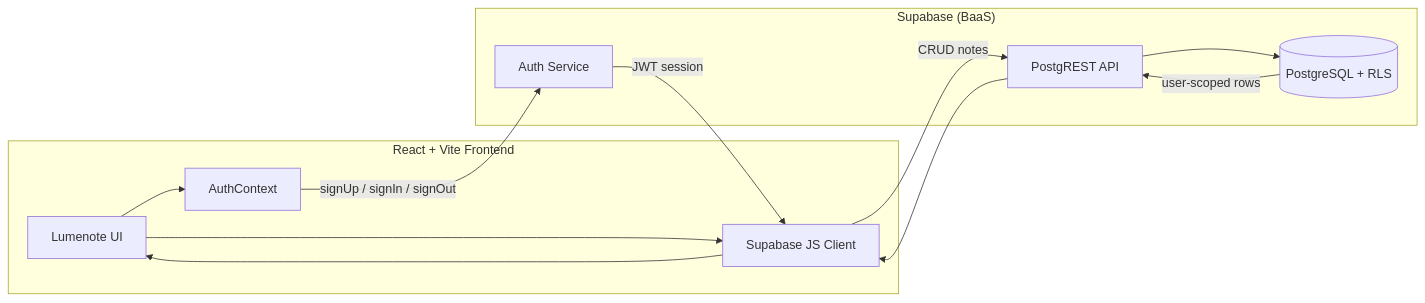
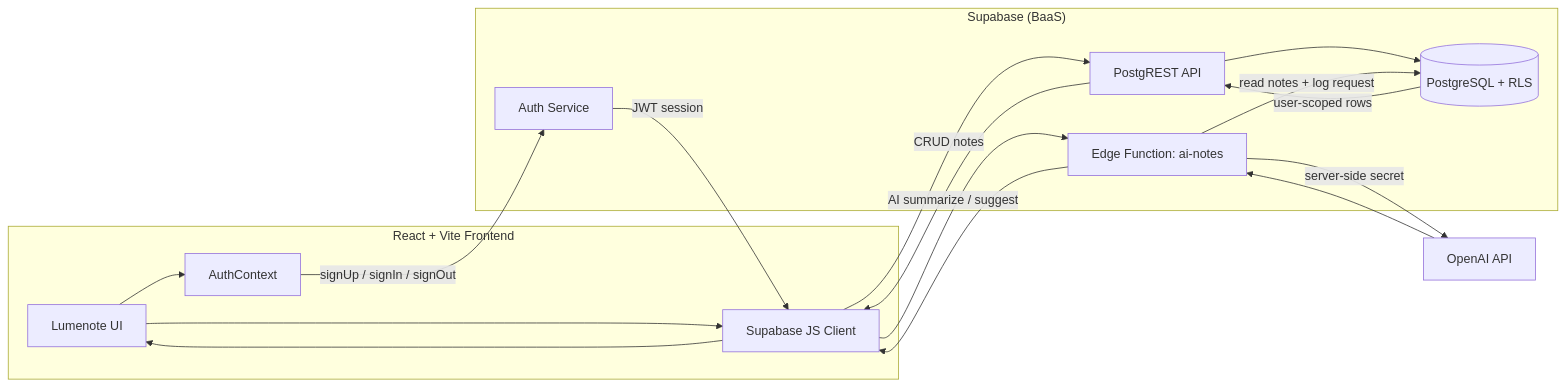
Before and after one commit to Angelica-Vides/Lumenote: the first of 17 diagrams in DIAGRAMS.md, drawn with Mermaid. The commit also changed other lines of this file and 3 other files, not shown here.

First line of the commit message:
docs: Week 3 planning and AI architecture diagrams

````diff
--- a/DIAGRAMS.md
+++ b/DIAGRAMS.md
@@ -11,23 +11,30 @@
 ```mermaid
 flowchart LR
     subgraph Client["React + Vite Frontend"]
         UI[Lumenote UI]
         SDK[Supabase JS Client]
         CTX[AuthContext]
     end
 
     subgraph Supabase["Supabase (BaaS)"]
         AUTH[Auth Service]
         API[PostgREST API]
+        FN[Edge Function: ai-notes]
         DB[(PostgreSQL + RLS)]
     end
+
+    AI[OpenAI API]
 
     UI --> CTX
     UI --> SDK
     CTX -->|signUp / signIn / signOut| AUTH
     SDK -->|CRUD notes| API
+    SDK -->|AI summarize / suggest| FN
     AUTH -->|JWT session| SDK
     API --> DB
+    FN -->|read notes + log request| DB
+    FN -->|server-side secret| AI
     DB -->|user-scoped rows| API
     API --> SDK --> UI
+    AI --> FN --> SDK
 ```
````
